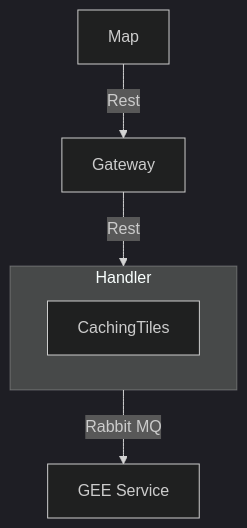
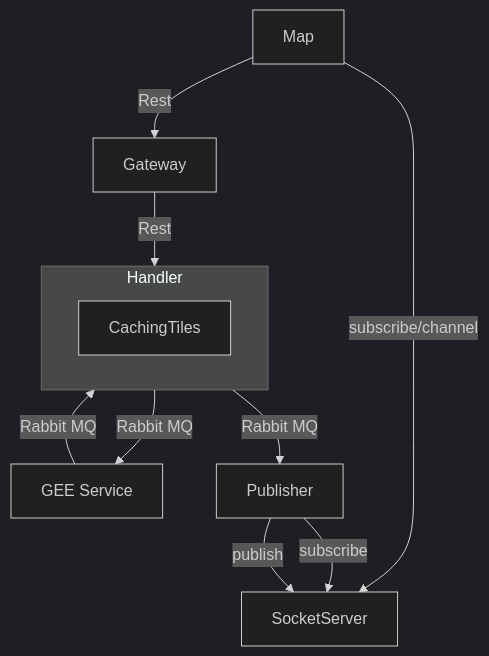
The first of 2 diagrams in docs/Farming/Description.md (spaceomid/Documentation), drawn with Mermaid (dark theme) before and after one commit.

Commit message:
farming-update-diagram

````diff
--- a/docs/Farming/Description.md
+++ b/docs/Farming/Description.md
@@ -7,13 +7,17 @@
 ``` mermaid
     flowchart TB
     
     subgraph Handler
         CachingTiles
     end
 
+    Map --subscribe/channel--> SocketServer
     Map --Rest--> Gateway
     Gateway --Rest--> Handler
     Handler --Rabbit MQ--> A[GEE Service]
-
+    Handler --Rabbit MQ--> Publisher
+    Publisher --subscribe--> SocketServer    
+    Publisher --publish--> SocketServer
+    A[GEE Service] --Rabbit MQ--> Handler
     
 ``` 
````
